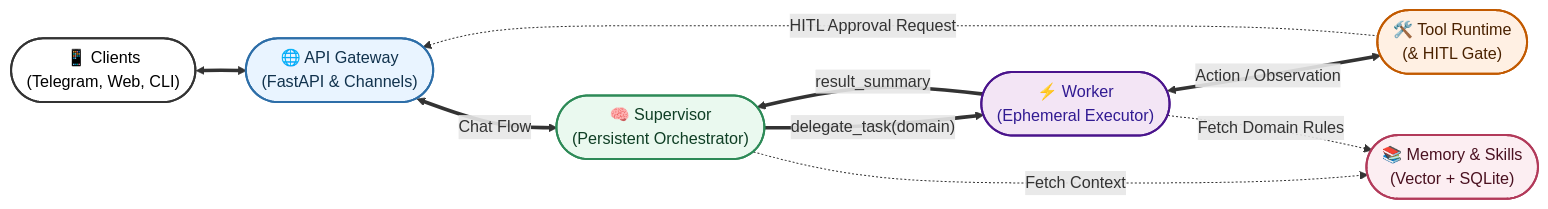
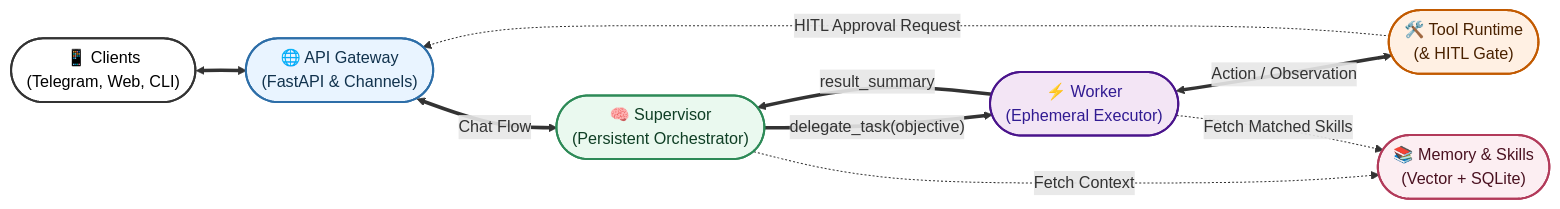
Before and after one commit to chetanreddyv/EnterpriseClaw: the diagram in readme.md, drawn with Mermaid. The commit also changed other lines of this file and 10 other files, not shown here.

Commit message:
Refactor Worker tool binding to use objective-matched skills exclusively, removing domain categories and preventing fallback to broader tool scopes.

````diff
--- a/readme.md
+++ b/readme.md
@@ -68,38 +68,38 @@
 ```mermaid
 flowchart LR
     %% ===== Clean Minimalist Styling =====
     classDef client fill:#FFFFFF,stroke:#333333,stroke-width:2px,color:#000000,rx:10,ry:10
     classDef gateway fill:#E9F4FF,stroke:#2D6EA8,stroke-width:2px,color:#11324D,rx:10,ry:10
     classDef supervisor fill:#EAF9EF,stroke:#2D8A57,stroke-width:2px,color:#0F3F25,rx:10,ry:10
     classDef worker fill:#F3E5F5,stroke:#4A148C,stroke-width:2px,color:#311B92,rx:10,ry:10
     classDef tools fill:#FFF0E3,stroke:#C25A00,stroke-width:2px,color:#4A2200,rx:10,ry:10
     classDef memory fill:#FCEEF2,stroke:#B23A5A,stroke-width:2px,color:#4A1120,rx:10,ry:10
 
     %% ===== Nodes =====
     C(["📱 Clients 
     (Telegram, Web, CLI)"]):::client
     G(["🌐 API Gateway
     (FastAPI & Channels)"]):::gateway
     S(["🧠 Supervisor
     (Persistent Orchestrator)"]):::supervisor
     W(["⚡ Worker
     (Ephemeral Executor)"]):::worker
     T(["🛠️ Tool Runtime
     (& HITL Gate)"]):::tools 
     M(["📚 Memory & Skills
     (Vector + SQLite)"]):::memory
 
     %% ===== Main User Flow (Thick Lines) =====
     C <==> G
     G <==>|"Chat Flow"| S
-    S ==>|"delegate_task(domain)"| W
+    S ==>|"delegate_task(objective)"| W
     W ==>|"result_summary"| S
 
     %% ===== Execution Loop =====
     W <==>|"Action / Observation"| T
     
     %% ===== Secondary/Background Flows (Dotted Lines) =====
     T -.->|"HITL Approval Request"| G
     S -.->|"Fetch Context"| M
-    W -.->|"Fetch Domain Rules"| M
+    W -.->|"Fetch Matched Skills"| M
 ```
````
